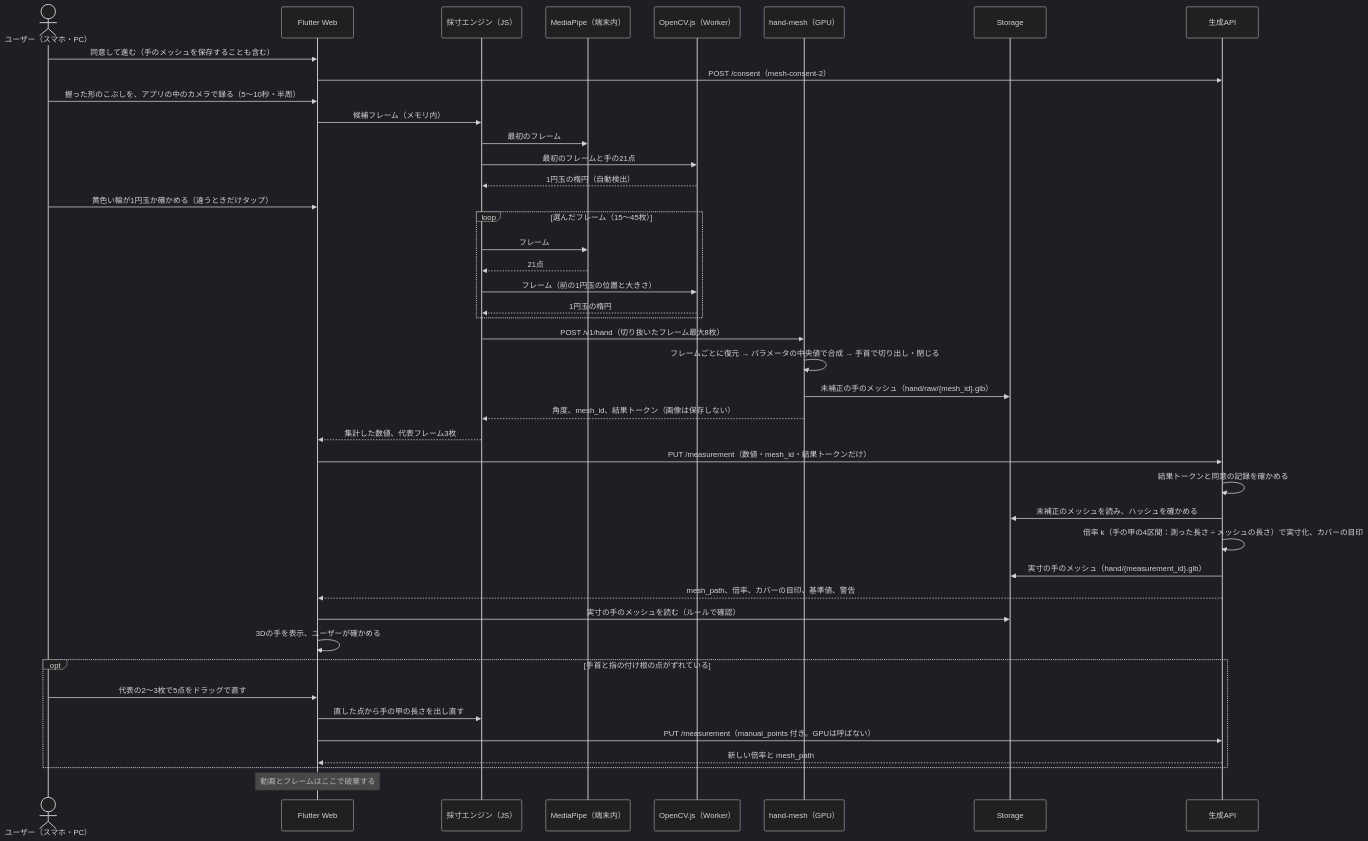
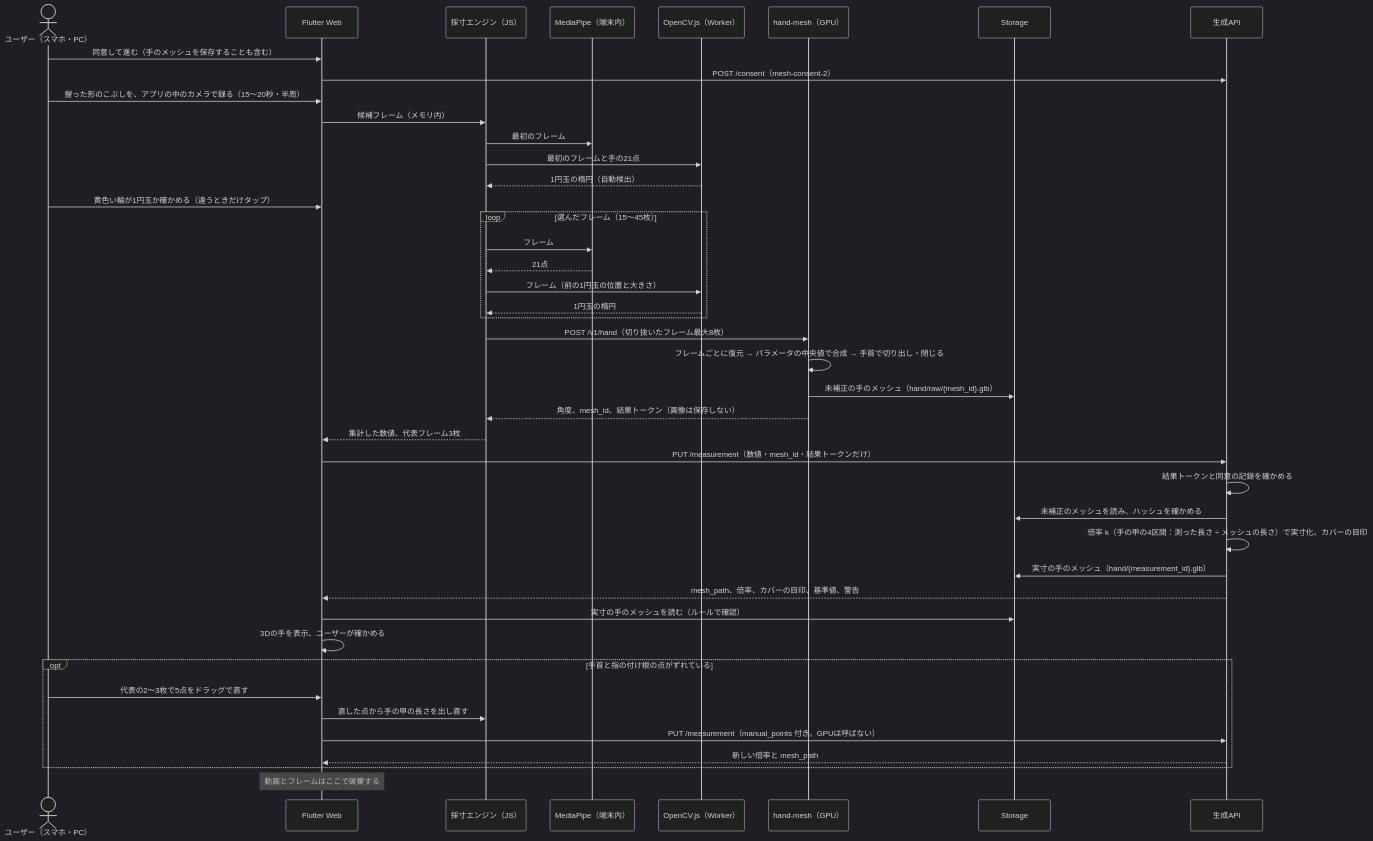
One commit to Devfest-Hackathon-2026/df-2026-t101 changed the second of 4 diagrams in docs/architecture.md. Above: the diagram before and after it, drawn with Mermaid (dark theme). The commit also changed 13 other files, not shown here.

Commit message:
撮影はカメラを固定して手を回す方法に変更（15〜20秒）。1円玉はカメラに映っていれば置き場所は自由。暗い布の説明とイメージ図を削除。ホームの題をHand-Some-Fitに。作業は続きますの文言

````diff
--- a/docs/architecture.md
+++ b/docs/architecture.md
@@ -89,45 +89,45 @@
 ```mermaid
 sequenceDiagram
   actor U as ユーザー（スマホ・PC）
   participant App as Flutter Web
   participant EN as 採寸エンジン（JS）
   participant MP as MediaPipe（端末内）
   participant CV as OpenCV.js（Worker）
   participant HM as hand-mesh（GPU）
   participant ST as Storage
   participant API as 生成API
   U->>App: 同意して進む（手のメッシュを保存することも含む）
   App->>API: POST /consent（mesh-consent-2）
-  U->>App: 握った形のこぶしを、アプリの中のカメラで録る（5〜10秒・半周）
+  U->>App: 握った形のこぶしを、アプリの中のカメラで録る（15〜20秒・半周）
   App->>EN: 候補フレーム（メモリ内）
   EN->>MP: 最初のフレーム
   EN->>CV: 最初のフレームと手の21点
   CV-->>EN: 1円玉の楕円（自動検出）
   U->>App: 黄色い輪が1円玉か確かめる（違うときだけタップ）
   loop 選んだフレーム（15〜45枚）
     EN->>MP: フレーム
     MP-->>EN: 21点
     EN->>CV: フレーム（前の1円玉の位置と大きさ）
     CV-->>EN: 1円玉の楕円
   end
   EN->>HM: POST /v1/hand（切り抜いたフレーム最大8枚）
   HM->>HM: フレームごとに復元 → パラメータの中央値で合成 → 手首で切り出し・閉じる
   HM->>ST: 未補正の手のメッシュ（hand/raw/{mesh_id}.glb）
   HM-->>EN: 角度、mesh_id、結果トークン（画像は保存しない）
   EN-->>App: 集計した数値、代表フレーム3枚
   App->>API: PUT /measurement（数値・mesh_id・結果トークンだけ）
   API->>API: 結果トークンと同意の記録を確かめる
   API->>ST: 未補正のメッシュを読み、ハッシュを確かめる
   API->>API: 倍率 k（手の甲の4区間：測った長さ ÷ メッシュの長さ）で実寸化、カバーの目印
   API->>ST: 実寸の手のメッシュ（hand/{measurement_id}.glb）
   API-->>App: mesh_path、倍率、カバーの目印、基準値、警告
   App->>ST: 実寸の手のメッシュを読む（ルールで確認）
   App->>App: 3Dの手を表示、ユーザーが確かめる
   opt 手首と指の付け根の点がずれている
     U->>App: 代表の2〜3枚で5点をドラッグで直す
     App->>EN: 直した点から手の甲の長さを出し直す
     App->>API: PUT /measurement（manual_points 付き。GPUは呼ばない）
     API-->>App: 新しい倍率と mesh_path
   end
   Note over App: 動画とフレームはここで破棄する
 ```
````
